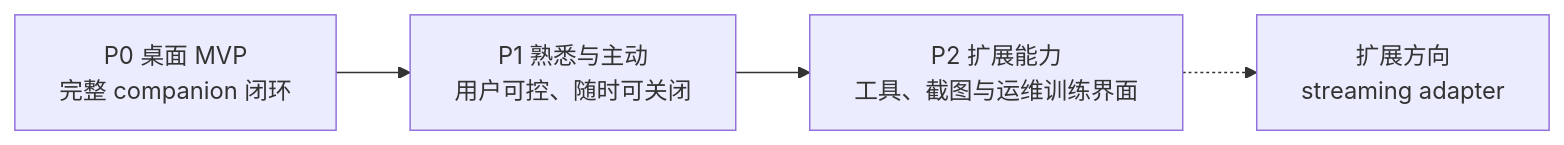
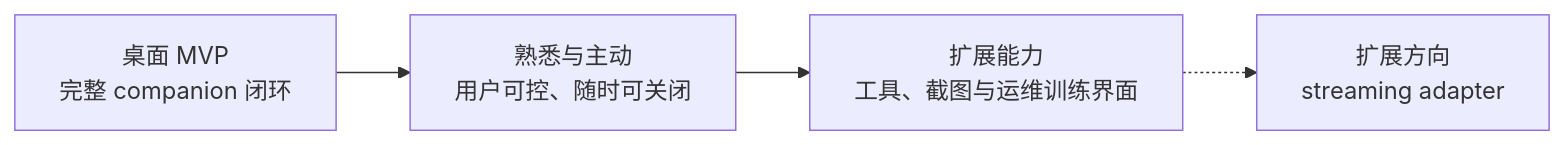
One commit to Momoyeyu/momo changed the diagram in docs/00-context/roadmap.md. Above: the diagram before and after it, drawn with Mermaid. The commit also changed other lines of this file and 38 other files, not shown here.

````diff
--- a/docs/00-context/roadmap.md
+++ b/docs/00-context/roadmap.md
@@ -7,6 +7,6 @@
 ```mermaid
 flowchart LR
-    P0["P0 桌面 MVP<br/>完整 companion 闭环"] --> P1["P1 熟悉与主动<br/>用户可控、随时可关闭"]
-    P1 --> P2["P2 扩展能力<br/>工具、截图与运维训练界面"]
-    P2 -.-> FUTURE["扩展方向<br/>streaming adapter"]
+    MVP["桌面 MVP<br/>完整 companion 闭环"] --> FAMILIAR["熟悉与主动<br/>用户可控、随时可关闭"]
+    FAMILIAR --> EXTEND["扩展能力<br/>工具、截图与运维训练界面"]
+    EXTEND -.-> FUTURE["扩展方向<br/>streaming adapter"]
 ```
````
